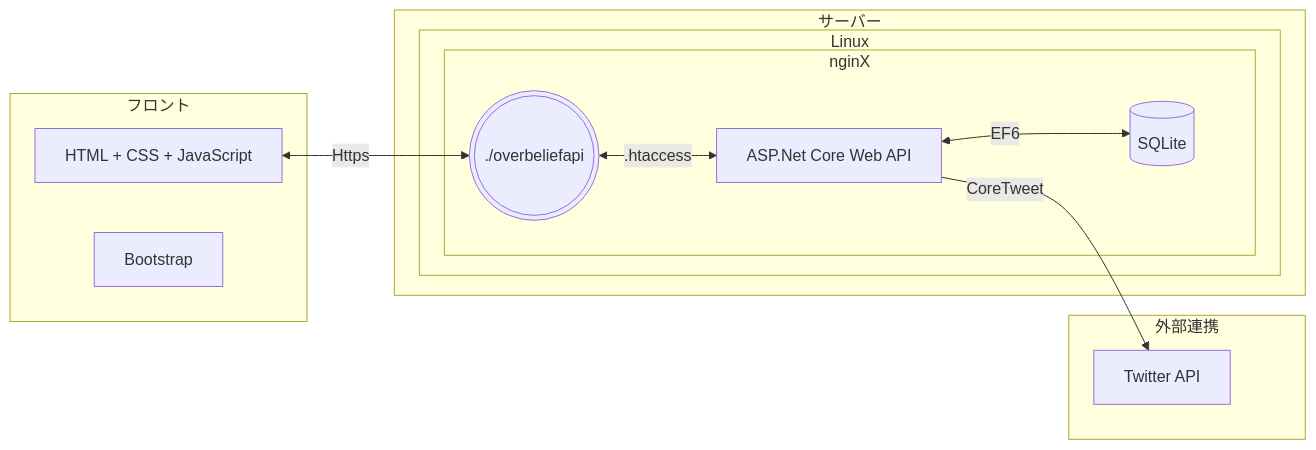
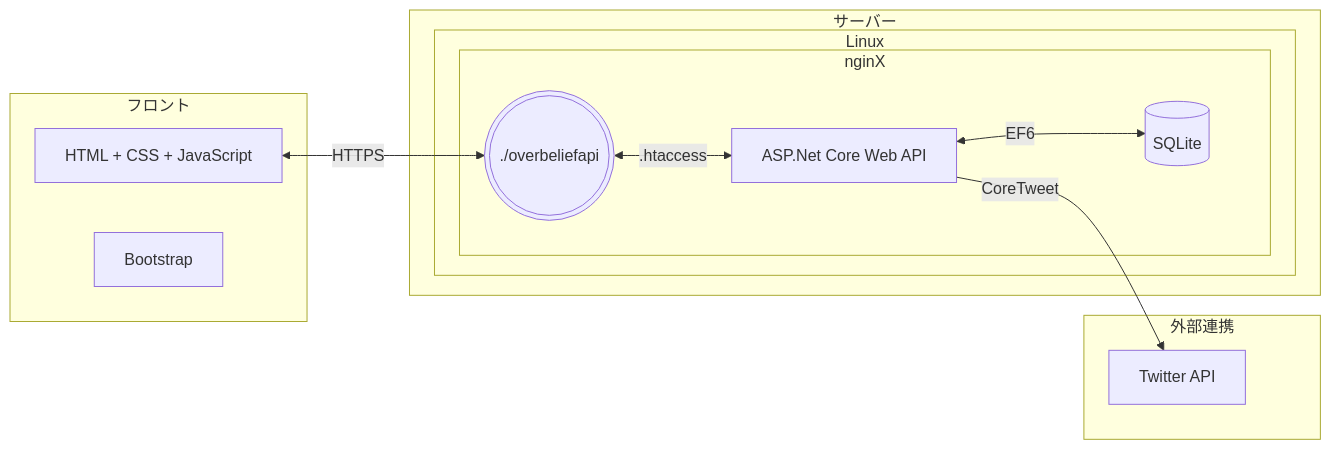
One commit to cancaodosol/OverBeliefAPI changed the first of 2 diagrams in Documents/アプリケーション全体図.md. Above: the diagram before and after it, drawn with Mermaid. The commit also changed 1 other file, not shown here.

Commit message:
目次の追加。

````diff
--- a/Documents/アプリケーション全体図.md
+++ b/Documents/アプリケーション全体図.md
@@ -37,27 +37,27 @@
 ```mermaid
 flowchart LR
     subgraph front [フロント]
         base[HTML + CSS + JavaScript]
         Bootstrap
     end
 
-    base<-->|Https| appport
+    base<-->|HTTPS| appport
 
     subgraph server [サーバー]
         subgraph linux_server [Linux]
             subgraph nginX [nginX]
                 appport(((./overbeliefapi)))
                 apiapp[ASP.Net Core Web API]
                 db[(SQLite)]
                 appport<-->|.htaccess| apiapp
                 apiapp<-->|EF6| db
             end
         end
     end
 
     apiapp-->|CoreTweet| twitterapi
 
     subgraph other_conn [外部連携]
         twitterapi[Twitter API]
     end
 ```
````
